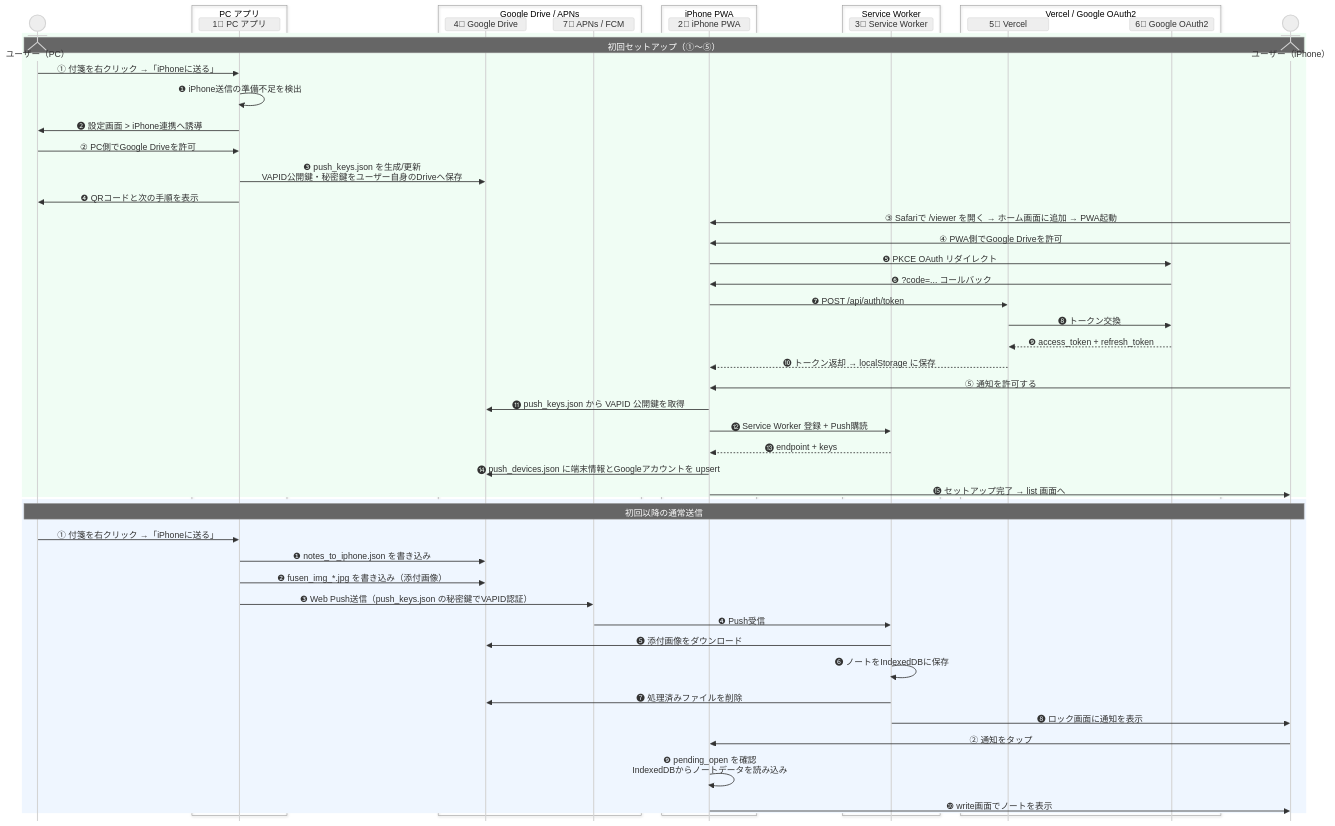
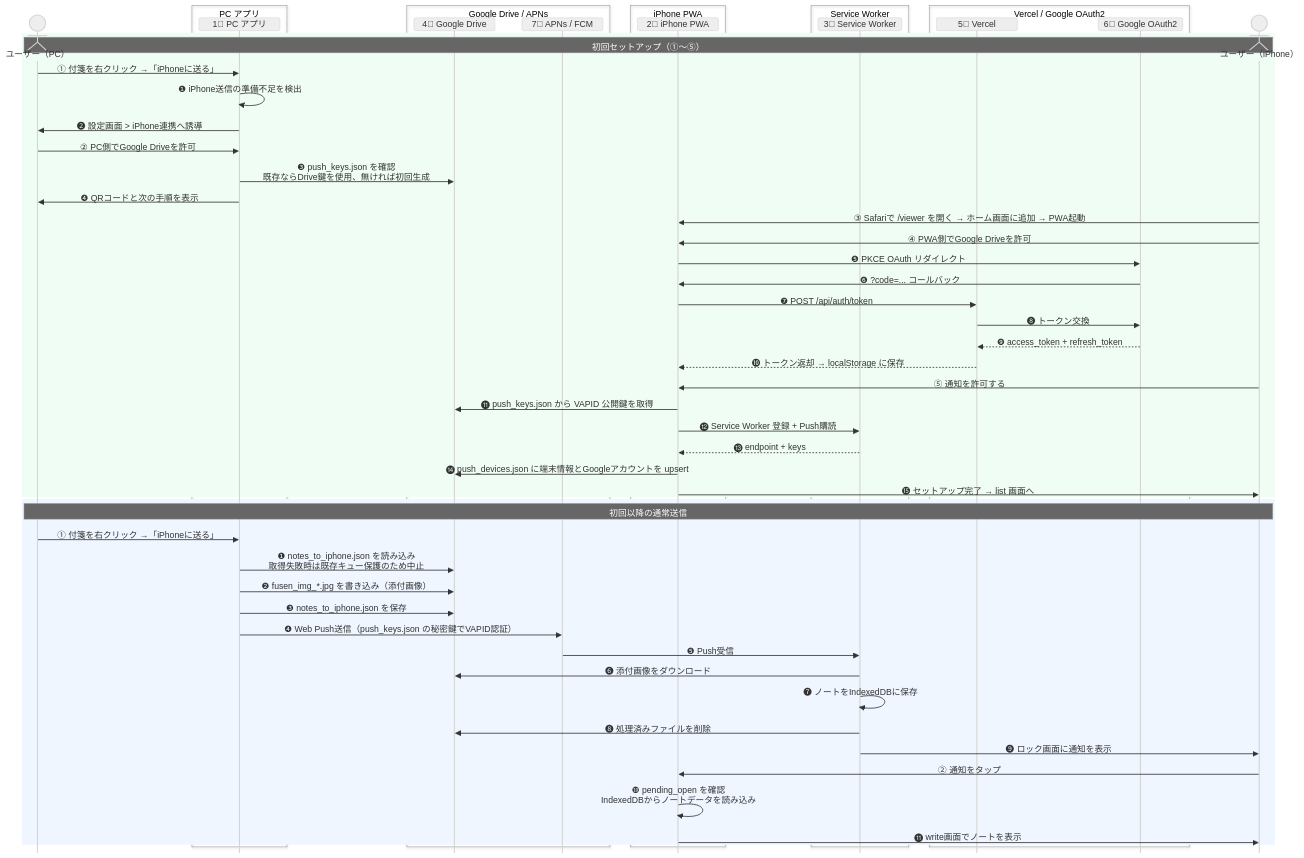
One commit to ore-no-fusen/ore-no-fusen changed the sixth of 9 diagrams in docs-v2/003_IPHONE.md. Above: the diagram before and after it, drawn with Mermaid (neutral theme). The commit also changed other lines of this file and 12 other files, not shown here.

````diff
--- a/docs-v2/003_IPHONE.md
+++ b/docs-v2/003_IPHONE.md
@@ -685,65 +804,66 @@
 ```mermaid
 %%{init: {'sequence': {'messageMargin': 8, 'mirrorActors': false, 'height': 24, 'boxMargin': 4, 'noteMargin': 6}}}%%
 sequenceDiagram
     actor UserPC as ユーザー（PC）
     box PC アプリ
         participant PC as 1⃣ PC アプリ
     end
     box Google Drive / APNs
         participant Drive as 4⃣ Google Drive
         participant APNs as 7⃣ APNs / FCM
     end
     box iPhone PWA
         participant PWA as 2⃣ iPhone PWA
     end
     box Service Worker
         participant SW as 3⃣ Service Worker
     end
     box Vercel / Google OAuth2
         participant Vercel as 5⃣ Vercel
         participant OAuth as 6⃣ Google OAuth2
     end
     actor UserPhone as ユーザー（iPhone）
 
     rect rgb(240, 253, 244)
         Note over UserPC,UserPhone: 初回セットアップ（①〜⑤）
         UserPC->>PC: ① 付箋を右クリック →「iPhoneに送る」
         PC->>PC: ❶ iPhone送信の準備不足を検出
         PC->>UserPC: ❷ 設定画面 > iPhone連携へ誘導
         UserPC->>PC: ② PC側でGoogle Driveを許可
-        PC->>Drive: ❸ push_keys.json を生成/更新<br>VAPID公開鍵・秘密鍵をユーザー自身のDriveへ保存
+        PC->>Drive: ❸ push_keys.json を確認<br>既存ならDrive鍵を使用、無ければ初回生成
         PC->>UserPC: ❹ QRコードと次の手順を表示
 
         UserPhone->>PWA: ③ Safariで /viewer を開く → ホーム画面に追加 → PWA起動
         UserPhone->>PWA: ④ PWA側でGoogle Driveを許可
         PWA->>OAuth: ❺ PKCE OAuth リダイレクト
         OAuth->>PWA: ❻ ?code=... コールバック
         PWA->>Vercel: ❼ POST /api/auth/token
         Vercel->>OAuth: ❽ トークン交換
         OAuth-->>Vercel: ❾ access_token + refresh_token
         Vercel-->>PWA: ❿ トークン返却 → localStorage に保存
 
         UserPhone->>PWA: ⑤ 通知を許可する
         PWA->>Drive: ⓫ push_keys.json から VAPID 公開鍵を取得
         PWA->>SW: ⓬ Service Worker 登録 + Push購読
         SW-->>PWA: ⓭ endpoint + keys
         PWA->>Drive: ⓮ push_devices.json に端末情報とGoogleアカウントを upsert
         PWA->>UserPhone: ⓯ セットアップ完了 → list 画面へ
     end
 
     rect rgb(239, 246, 255)
         Note over UserPC,UserPhone: 初回以降の通常送信
         UserPC->>PC: ① 付箋を右クリック →「iPhoneに送る」
-        PC->>Drive: ❶ notes_to_iphone.json を書き込み
+        PC->>Drive: ❶ notes_to_iphone.json を読み込み<br>取得失敗時は既存キュー保護のため中止
         PC->>Drive: ❷ fusen_img_*.jpg を書き込み（添付画像）
-        PC->>APNs: ❸ Web Push送信（push_keys.json の秘密鍵でVAPID認証）
-        APNs->>SW: ❹ Push受信
-        SW->>Drive: ❺ 添付画像をダウンロード
-        SW->>SW: ❻ ノートをIndexedDBに保存
-        SW->>Drive: ❼ 処理済みファイルを削除
-        SW->>UserPhone: ❽ ロック画面に通知を表示
+        PC->>Drive: ❸ notes_to_iphone.json を保存
+        PC->>APNs: ❹ Web Push送信（push_keys.json の秘密鍵でVAPID認証）
+        APNs->>SW: ❺ Push受信
+        SW->>Drive: ❻ 添付画像をダウンロード
+        SW->>SW: ❼ ノートをIndexedDBに保存
+        SW->>Drive: ❽ 処理済みファイルを削除
+        SW->>UserPhone: ❾ ロック画面に通知を表示
         UserPhone->>PWA: ② 通知をタップ
-        PWA->>PWA: ❾ pending_open を確認<br>IndexedDBからノートデータを読み込み
-        PWA->>UserPhone: ❿ write画面でノートを表示
+        PWA->>PWA: ❿ pending_open を確認<br>IndexedDBからノートデータを読み込み
+        PWA->>UserPhone: ⓫ write画面でノートを表示
     end
 ```
````
